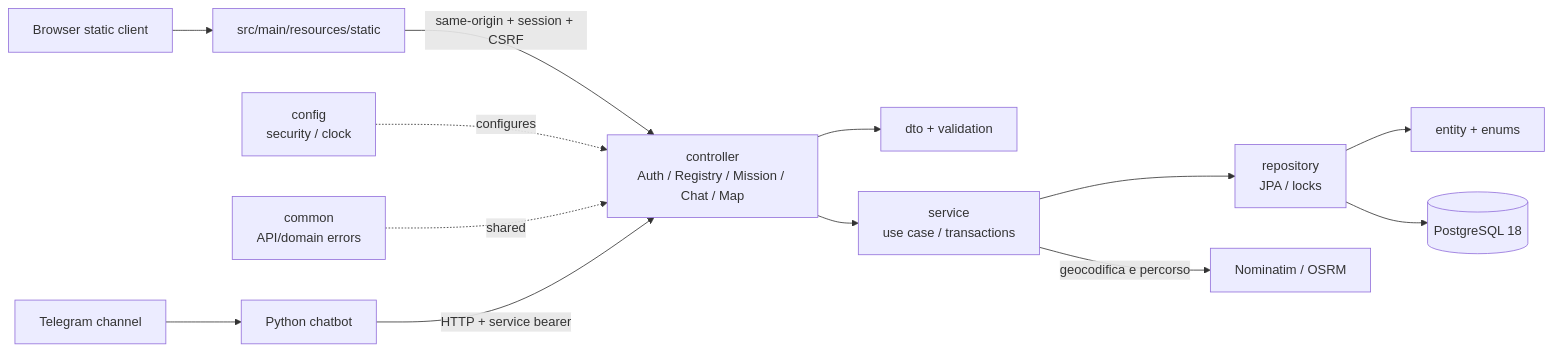
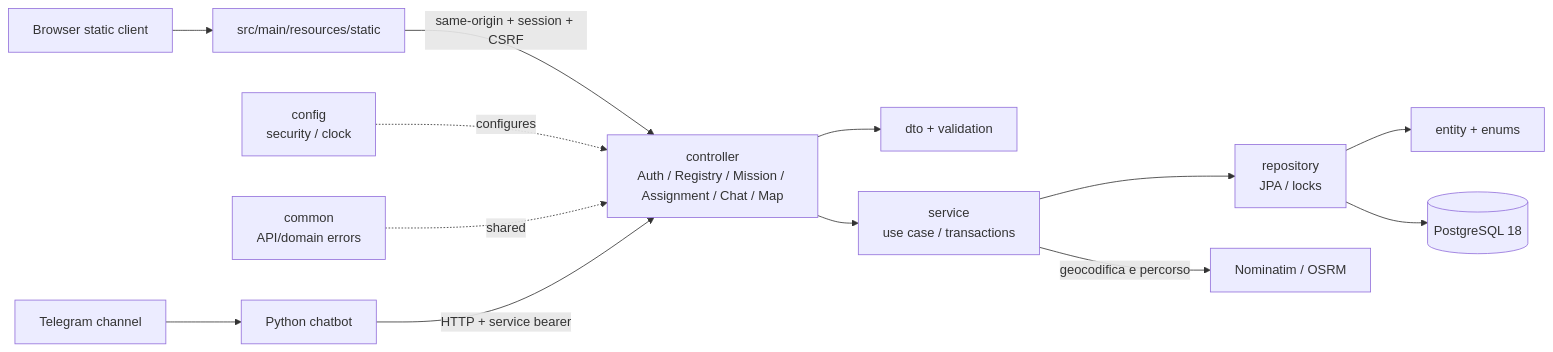
One commit to coluccimarco/fornitori-soccorso changed the diagram in docs/diagrams/component_packages.mmd. Above: the diagram before and after it, drawn with Mermaid. The commit also changed 54 other files, not shown here.

```diff
--- a/docs/diagrams/component_packages.mmd
+++ b/docs/diagrams/component_packages.mmd
@@ -1,14 +1,14 @@
 %% Logical packages and external components in the integrated baseline.
 flowchart LR
     Browser["Browser static client"] --> Static["src/main/resources/static"]
-    Static -->|same-origin + session + CSRF| Controller["controller<br/>Auth / Registry / Mission / Chat / Map"]
+    Static -->|same-origin + session + CSRF| Controller["controller<br/>Auth / Registry / Mission / Assignment / Chat / Map"]
     Controller --> DTO["dto + validation"]
     Controller --> Service["service<br/>use case / transactions"]
     Service --> Repo["repository<br/>JPA / locks"]
     Repo --> Entity["entity + enums"]
     Repo --> DB[("PostgreSQL 18")]
     Config["config<br/>security / clock"] -. configures .-> Controller
     Common["common<br/>API/domain errors"] -. shared .-> Controller
     Bot["Python chatbot"] -->|HTTP + service bearer| Controller
     Telegram["Telegram channel"] --> Bot
     Service -->|geocodifica e percorso| Providers["Nominatim / OSRM"]
```
